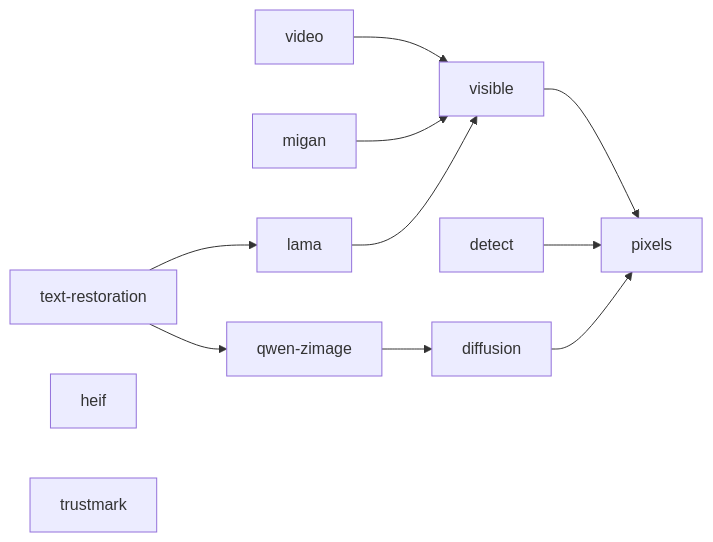
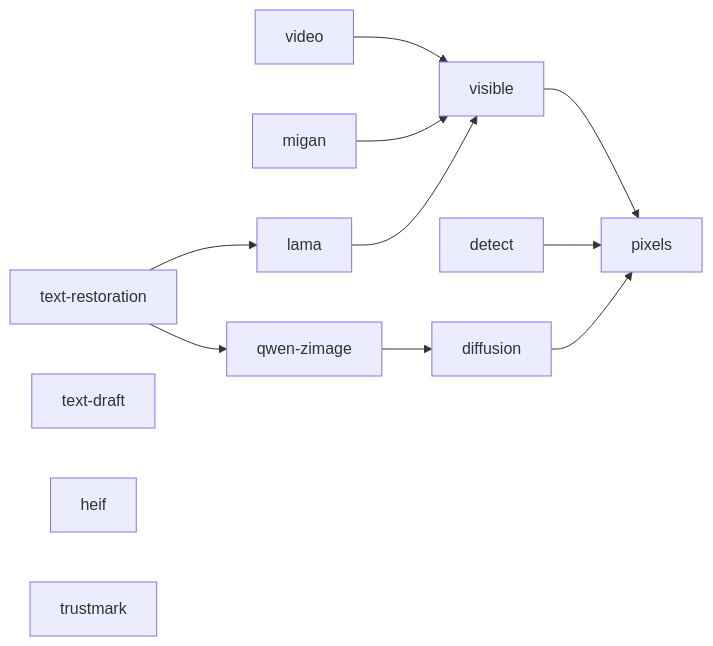
One commit to AlphaCatMeow/remove-ai-watermarks changed the diagram in docs/installation.md. Above: the diagram before and after it, drawn with Mermaid. The commit also changed other lines of this file and 43 other files, not shown here.

````diff
--- a/docs/installation.md
+++ b/docs/installation.md
@@ -122,14 +123,15 @@
 ```mermaid
 flowchart LR
     visible --> pixels
     video --> visible
     detect --> pixels
     diffusion --> pixels
     migan --> visible
     lama --> visible
     qwen["qwen-zimage"] --> diffusion
     text["text-restoration"] --> qwen
     text --> lama
+    draft["text-draft"]
     heif
     trustmark
 ```
````
